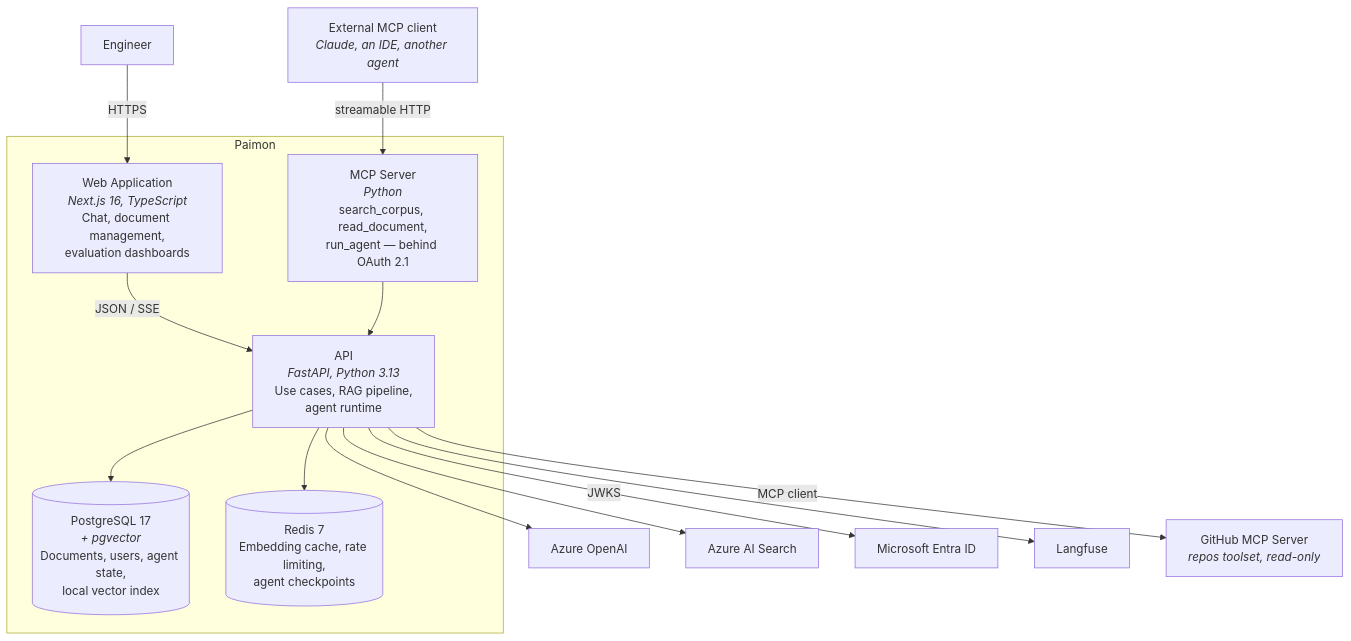
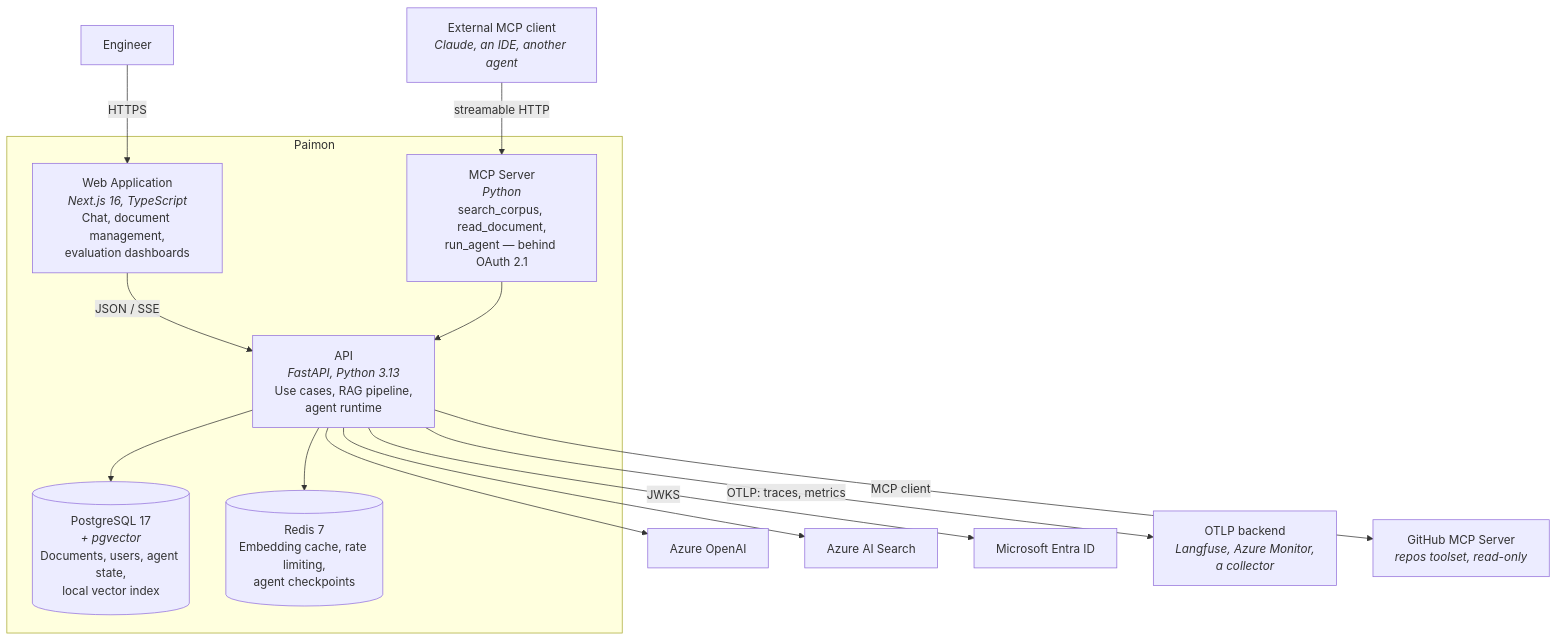
One commit to sergiomedi/paimon changed the second of 5 diagrams in docs/architecture/overview.md. Above: the diagram before and after it, drawn with Mermaid. The commit also changed other lines of this file and 2 other files, not shown here.

````diff
--- a/docs/architecture/overview.md
+++ b/docs/architecture/overview.md
@@ -49,31 +49,31 @@
 ```mermaid
 flowchart TB
     engineer["Engineer"]
 
     subgraph platform["Paimon"]
         web["Web Application<br/><i>Next.js 16, TypeScript</i><br/>Chat, document management,<br/>evaluation dashboards"]
         api["API<br/><i>FastAPI, Python 3.13</i><br/>Use cases, RAG pipeline,<br/>agent runtime"]
         mcp["MCP Server<br/><i>Python</i><br/>search_corpus, read_document,<br/>run_agent — behind OAuth 2.1"]
         pg[("PostgreSQL 17<br/><i>+ pgvector</i><br/>Documents, users, agent state,<br/>local vector index")]
         redis[("Redis 7<br/>Embedding cache, rate limiting,<br/>agent checkpoints")]
     end
 
     aoai["Azure OpenAI"]
     search["Azure AI Search"]
     entra["Microsoft Entra ID"]
-    langfuse["Langfuse"]
+    otlp["OTLP backend<br/><i>Langfuse, Azure Monitor,<br/>a collector</i>"]
     client["External MCP client<br/><i>Claude, an IDE, another agent</i>"]
     ghmcp["GitHub MCP Server<br/><i>repos toolset, read-only</i>"]
 
     engineer -->|HTTPS| web
     web -->|"JSON / SSE"| api
     api --> pg
     api --> redis
     api --> aoai
     api --> search
     api -->|"JWKS"| entra
-    api --> langfuse
+    api -->|"OTLP: traces, metrics"| otlp
     mcp --> api
     client -->|"streamable HTTP"| mcp
     api -->|"MCP client"| ghmcp
 ```
````
